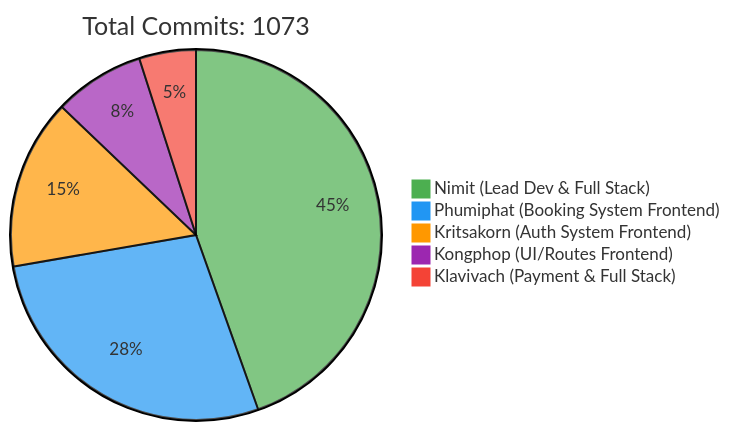
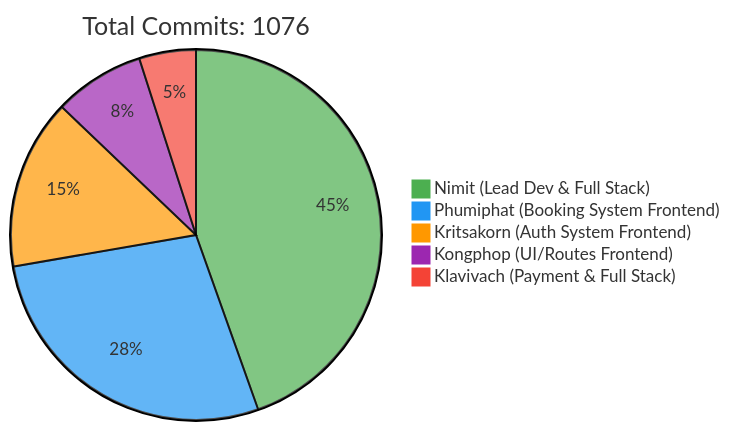
Before and after one commit to 6531503042/Sport-Complex: the first of 2 diagrams in README.md, drawn with Mermaid. The commit also changed other lines of this file, not shown here.

Commit message:
docs: Update contributor statistics [skip ci]

````diff
--- a/README.md
+++ b/README.md
@@ -243,10 +243,10 @@
 ```mermaid
 %%{init: {'theme': 'base', 'themeVariables': { 'pie1': '#4CAF50', 'pie2': '#2196F3', 'pie3': '#FF9800', 'pie4': '#9C27B0', 'pie5': '#F44336'}}}%%
 pie
-    title Total Commits: 1073
+    title Total Commits: 1076
     "Nimit (Lead Dev & Full Stack)" : 450
     "Phumiphat (Booking System Frontend)" : 280
     "Kritsakorn (Auth System Frontend)" : 150
     "Kongphop (UI/Routes Frontend)" : 80
     "Klavivach (Payment & Full Stack)" : 50
 ```
````
